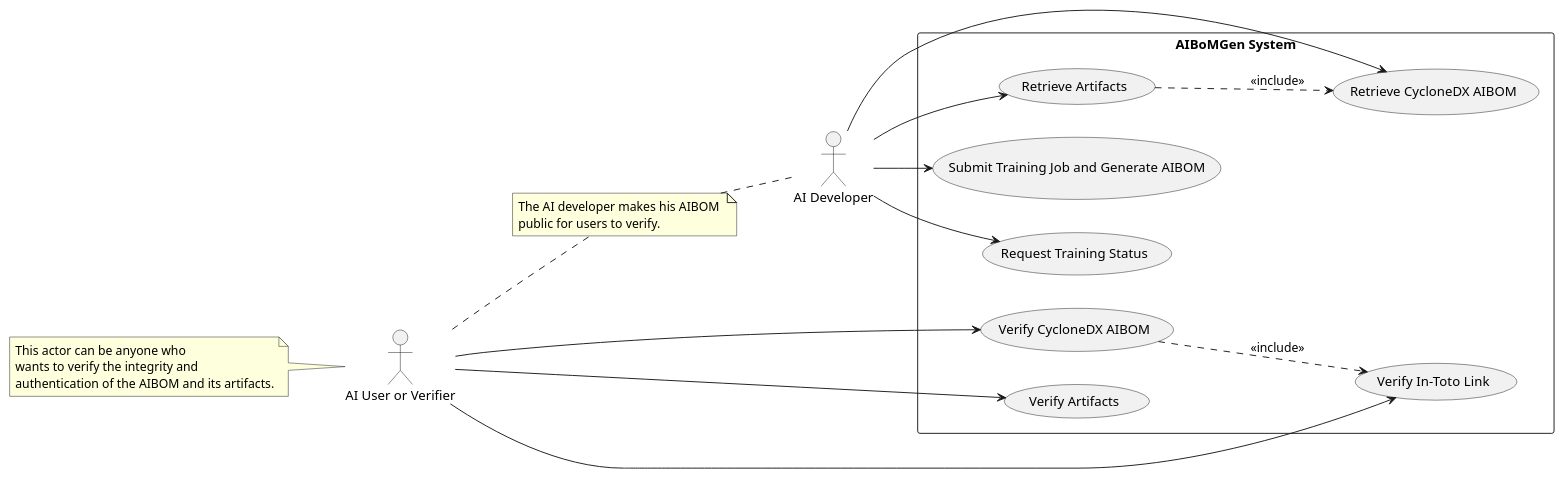
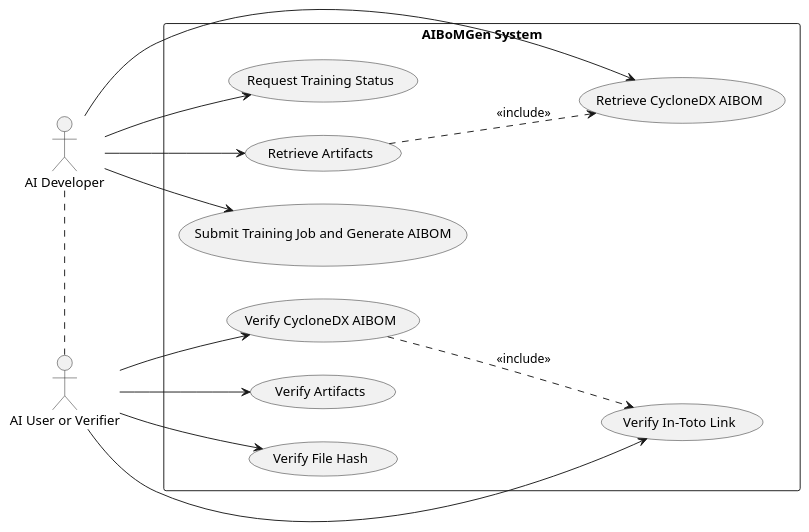
Before and after one commit to wiebe-vandendriessche/AIBoMGen: the diagram in docs/diagrams/use_case/use_case.puml, drawn with PlantUML. The commit also changed 9 other files, not shown here.

Commit message:
make diagrams without the notes (not readable in thesis)

```diff
--- a/docs/diagrams/use_case/use_case.puml
+++ b/docs/diagrams/use_case/use_case.puml
@@ -1,57 +1,54 @@
 @startuml usecase
 
 left to right direction
 skinparam linetype straight
 actor "AI Developer" as Developer
 actor "AI User or Verifier" as User
-
-note "The AI developer makes his AIBOM \npublic for users to verify." as Note
-Developer .up. Note
-Note .up. User
-
 
 '(Prepare Input Files) as PrepareInputs
 '(Defines a model.keras file) as ModelFile
 '(Defines a dataset.csv file) as DatasetFile
 '(Defines a datasetdefinition.yaml file) as DatasetDefinitionFile
 
 'Developer --> PrepareInputs
 'Developer --> ModelFile
 'Developer --> DatasetFile
 'Developer --> DatasetDefinitionFile
 'PrepareInputs ..> ModelFile : <<include>>
 'PrepareInputs ..> DatasetFile : <<include>>
 'PrepareInputs ..> DatasetDefinitionFile : <<include>>
 
 
 rectangle "AIBoMGen System" as AIBoMGenSystem {
     
     (Request Training Status) as RequestStatus
     (Retrieve Artifacts) as RetrieveArtifacts
     (Retrieve CycloneDX AIBOM) as RetrieveAIBOM
     (Submit Training Job and Generate AIBOM) as SubmitJob
 
     (Verify CycloneDX AIBOM) as VerifyAIBOM
     (Verify Artifacts) as VerifyArtifacts
     (Verify In-Toto Link) as VerifyInTotoLink
+    (Verify File Hash) as VerifyFileHash
 }
+
+User .left. Developer
+
 Developer --> RetrieveArtifacts
 
 Developer --> SubmitJob
 Developer --> RequestStatus
 Developer --> RetrieveAIBOM
 RetrieveArtifacts ..> RetrieveAIBOM : <<include>>
 
 
 User --> VerifyAIBOM
 User --> VerifyArtifacts
 User --> VerifyInTotoLink
+User --> VerifyFileHash
 
 'SubmitJob ..> PrepareInputs : <<include>>
 VerifyAIBOM ..> VerifyInTotoLink : <<include>>
 
-note left of User : This actor can be anyone who \nwants to verify the integrity and \nauthentication of the AIBOM and its artifacts.
-
-
 
 @enduml
```
